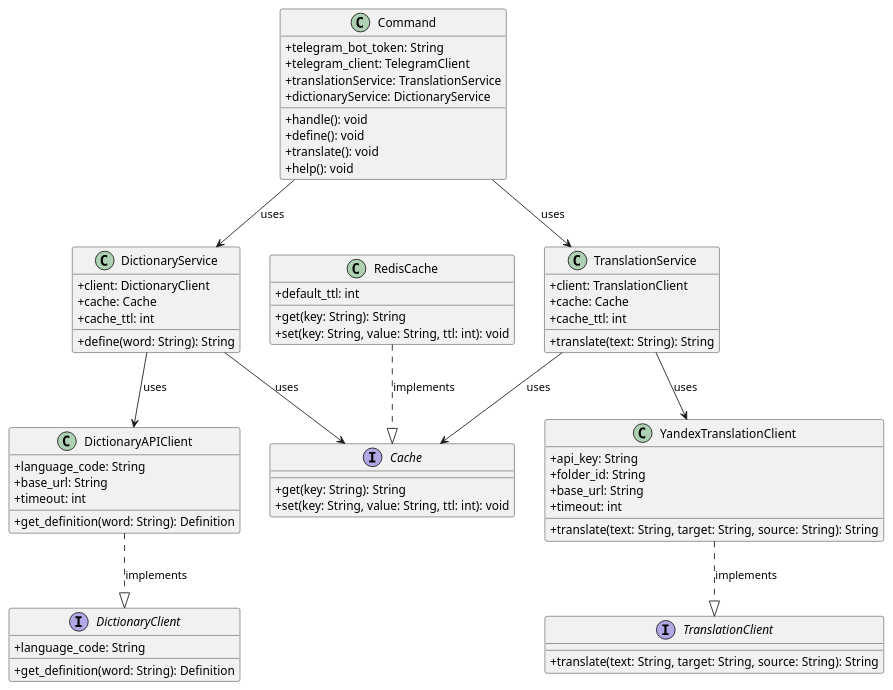
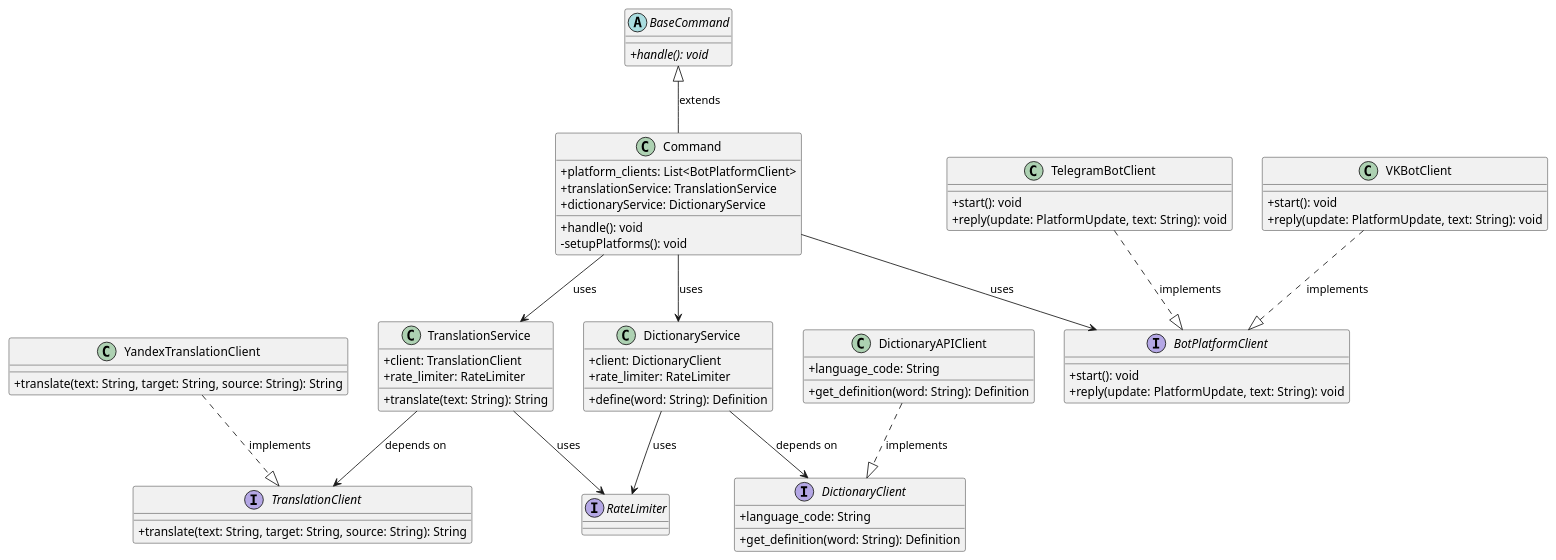
Before and after one commit to noikis/Russian-Memo: the diagram in docs/bot_class_diagram.plantuml, drawn with PlantUML. The commit also changed 11 other files, not shown here.

```diff
--- a/docs/bot_class_diagram.plantuml
+++ b/docs/bot_class_diagram.plantuml
@@ -1,86 +1,96 @@
 @startuml
 skinparam classAttributeIconSize 0
 
 interface DictionaryClient {
+  +language_code: String 
+  +get_definition(word: String): Definition
+}
+
+interface RateLimiter
+
+class DictionaryAPIClient {
   +language_code: String
   +get_definition(word: String): Definition
 }
 
-class DictionaryAPIClient {
-  +language_code: String
-  +base_url: String
-  +timeout: int
-  +get_definition(word: String): Definition
-}
-
-interface Cache {
-  +get(key: String): String
-  +set(key: String, value: String, ttl: int): void
-}
-
-class RedisCache {
-  +default_ttl: int
-  +get(key: String): String
-  +set(key: String, value: String, ttl: int): void
-}
 
 class DictionaryService {
   +client: DictionaryClient
-  +cache: Cache
-  +cache_ttl: int
-  +define(word: String): String
+  +rate_limiter: RateLimiter
+  +define(word: String): Definition
 }
 
 ' =========================
 ' TRANSLATION
 ' =========================
 
 interface TranslationClient {
   +translate(text: String, target: String, source: String): String
 }
 
 class YandexTranslationClient {
-  +api_key: String
-  +folder_id: String
-  +base_url: String
-  +timeout: int
   +translate(text: String, target: String, source: String): String
 }
 
 class TranslationService {
   +client: TranslationClient
-  +cache: Cache
-  +cache_ttl: int
+  +rate_limiter: RateLimiter
   +translate(text: String): String
+}
+
+' =========================
+' MESSENGER PLATFORM
+' =========================
+
+
+interface BotPlatformClient {
+  +start(): void
+  +reply(update: PlatformUpdate, text: String): void
+}
+
+class TelegramBotClient {
+  +start(): void
+  +reply(update: PlatformUpdate, text: String): void
+}
+
+class VKBotClient {
+  +start(): void
+  +reply(update: PlatformUpdate, text: String): void
 }
 
 ' =========================
 ' COMMAND / ENTRY POINT
 ' =========================
+abstract class BaseCommand {
+  {abstract} +handle(): void
+}
+
+
 class Command {
-  +telegram_bot_token: String
-  +telegram_client: TelegramClient
+  +platform_clients: List<BotPlatformClient>
   +translationService: TranslationService
   +dictionaryService: DictionaryService
   +handle(): void
-  +define(): void
-  +translate(): void
-  +help(): void
+  -setupPlatforms(): void
 }
+
 
 ' =========================
 ' RELATIONSHIPS
 ' =========================
 Command --> DictionaryService : uses
-DictionaryService --> DictionaryAPIClient : uses
+DictionaryService --> DictionaryClient : depends on
+DictionaryService --> RateLimiter : uses
 DictionaryAPIClient ..|> DictionaryClient : implements
 
 Command --> TranslationService : uses
-TranslationService --> YandexTranslationClient : uses
+TranslationService --> TranslationClient : depends on
+TranslationService --> RateLimiter : uses
 YandexTranslationClient ..|> TranslationClient : implements
+BaseCommand <|-- Command : extends
+Command --> BotPlatformClient : uses
+TelegramBotClient ..|> BotPlatformClient : implements
+VKBotClient ..|> BotPlatformClient : implements
 
-DictionaryService --> Cache : uses
-TranslationService --> Cache : uses
-RedisCache ..|> Cache : implements
 
 @enduml
```
